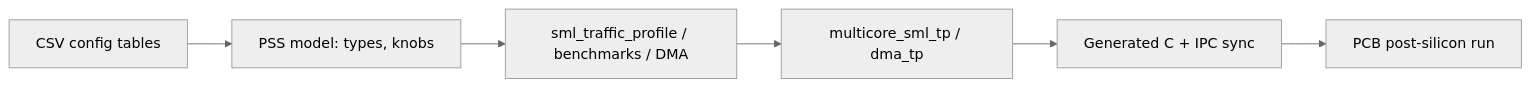
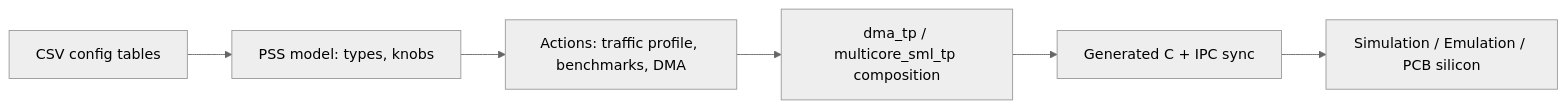
One commit to nemo99007/yt-paper changed the diagram in docs/papers/ref-20261018-b4a5-post-silicon-performance-validation-using-pss.md. Above: the diagram before and after it, drawn with Mermaid (neutral theme). The commit also changed other lines of this file and 92 other files, not shown here.

First line of the commit message:
Better representative figures: real captions only, prefer diagrams; cache-busting figure URLs

````diff
--- a/docs/papers/ref-20261018-b4a5-post-silicon-performance-validation-using-pss.md
+++ b/docs/papers/ref-20261018-b4a5-post-silicon-performance-validation-using-pss.md
@@ -211,8 +212,8 @@
 ```mermaid
 flowchart LR
-  CSV[CSV config tables] --> Model[PSS model: types, knobs]
-  Model --> Actions[sml_traffic_profile / benchmarks / DMA]
-  Actions --> Scen[multicore_sml_tp / dma_tp]
-  Scen --> Gen[Generated C + IPC sync]
-  Gen --> Board[PCB post-silicon run]
+  CFG[CSV config tables] --> PSS[PSS model: types, knobs]
+  PSS --> ACT[Actions: traffic profile, benchmarks, DMA]
+  ACT --> COMP[dma_tp / multicore_sml_tp composition]
+  COMP --> GEN[Generated C + IPC sync]
+  GEN --> RUN[Simulation / Emulation / PCB silicon]
 ```
````
